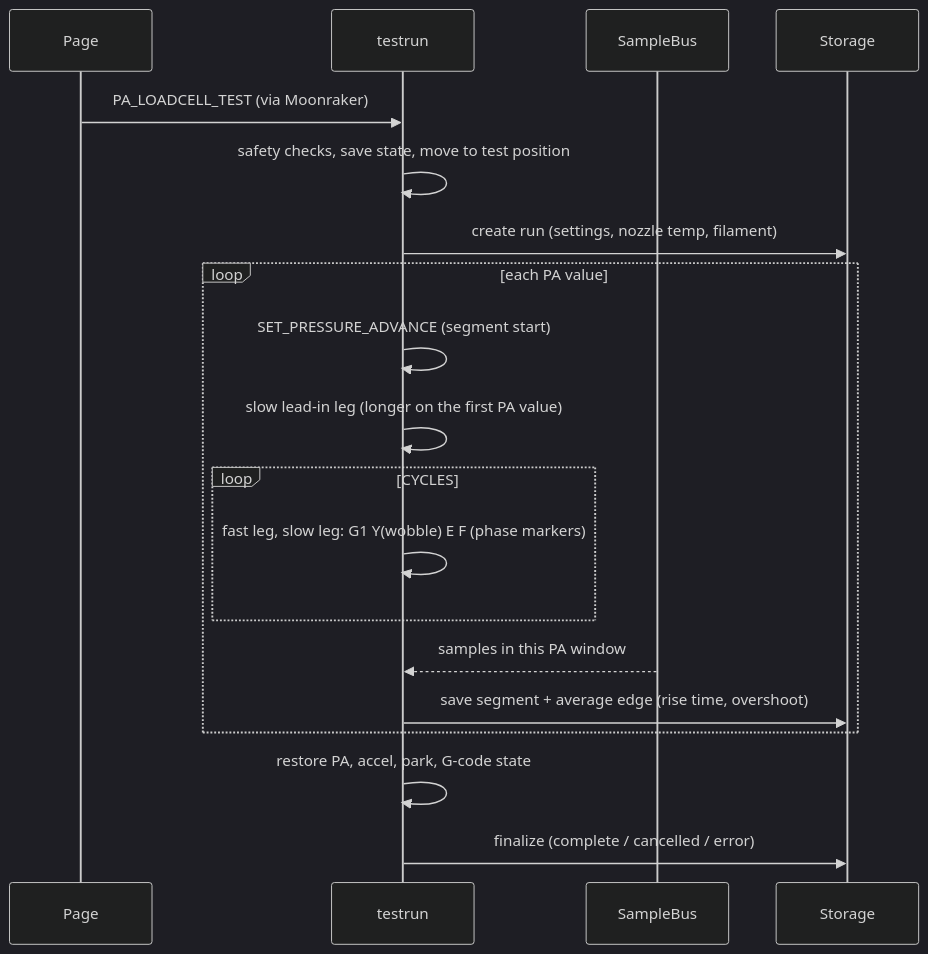
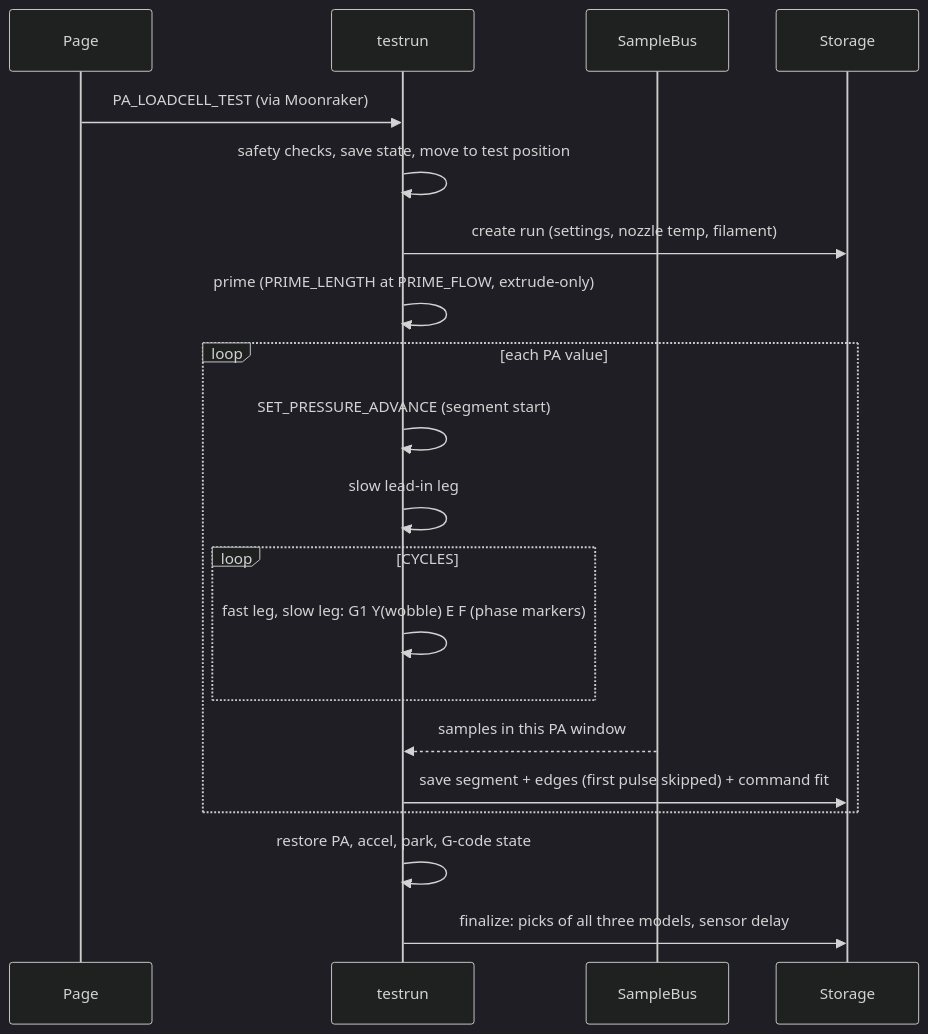
Before and after one commit to VcikeyTheCoder/piro-air-pa-calibrator: the second of 2 diagrams in README.md, drawn with Mermaid (dark theme). The commit also changed other lines of this file and 9 other files, not shown here.

Commit message:
Prime, 3 analysis models, export/import/re-analyse, dashed extruder lines

````diff
--- a/README.md
+++ b/README.md
@@ -185,21 +206,22 @@
 ```mermaid
 sequenceDiagram
   participant U as Page
   participant T as testrun
   participant B as SampleBus
   participant S as Storage
   U->>T: PA_LOADCELL_TEST (via Moonraker)
   T->>T: safety checks, save state, move to test position
   T->>S: create run (settings, nozzle temp, filament)
+  T->>T: prime (PRIME_LENGTH at PRIME_FLOW, extrude-only)
   loop each PA value
     T->>T: SET_PRESSURE_ADVANCE (segment start)
-    T->>T: slow lead-in leg (longer on the first PA value)
+    T->>T: slow lead-in leg
     loop CYCLES
       T->>T: fast leg, slow leg: G1 Y(wobble) E F (phase markers)
     end
     B-->>T: samples in this PA window
-    T->>S: save segment + average edge (rise time, overshoot)
+    T->>S: save segment + edges (first pulse skipped) + command fit
   end
   T->>T: restore PA, accel, park, G-code state
-  T->>S: finalize (complete / cancelled / error)
+  T->>S: finalize: picks of all three models, sensor delay
 ```
````
